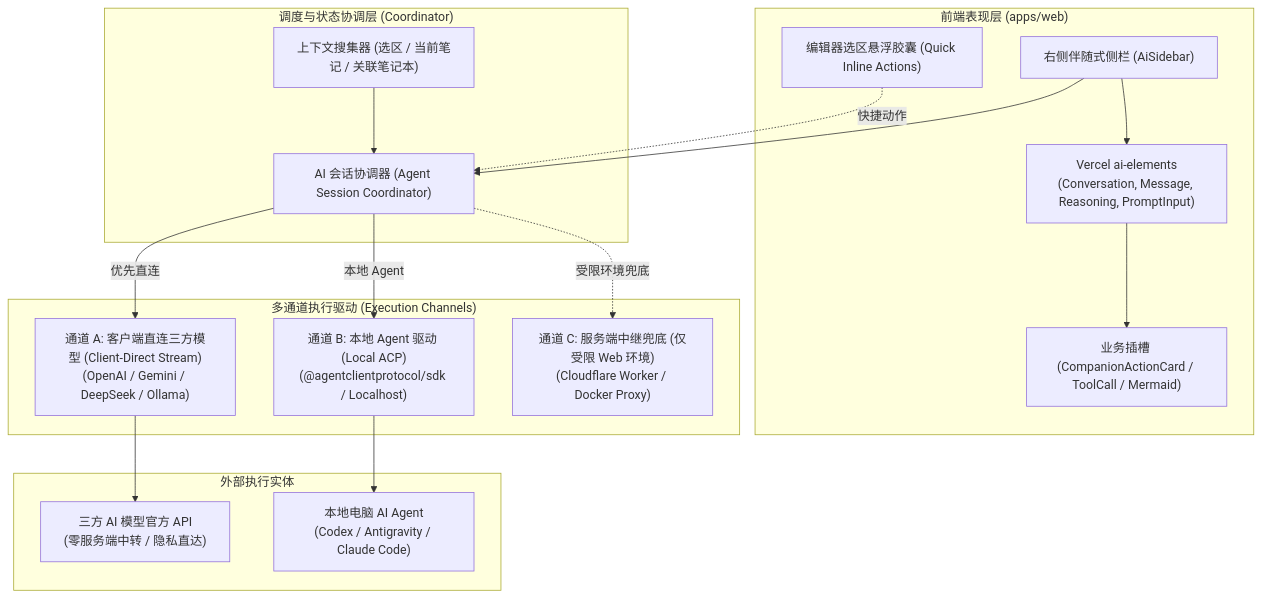
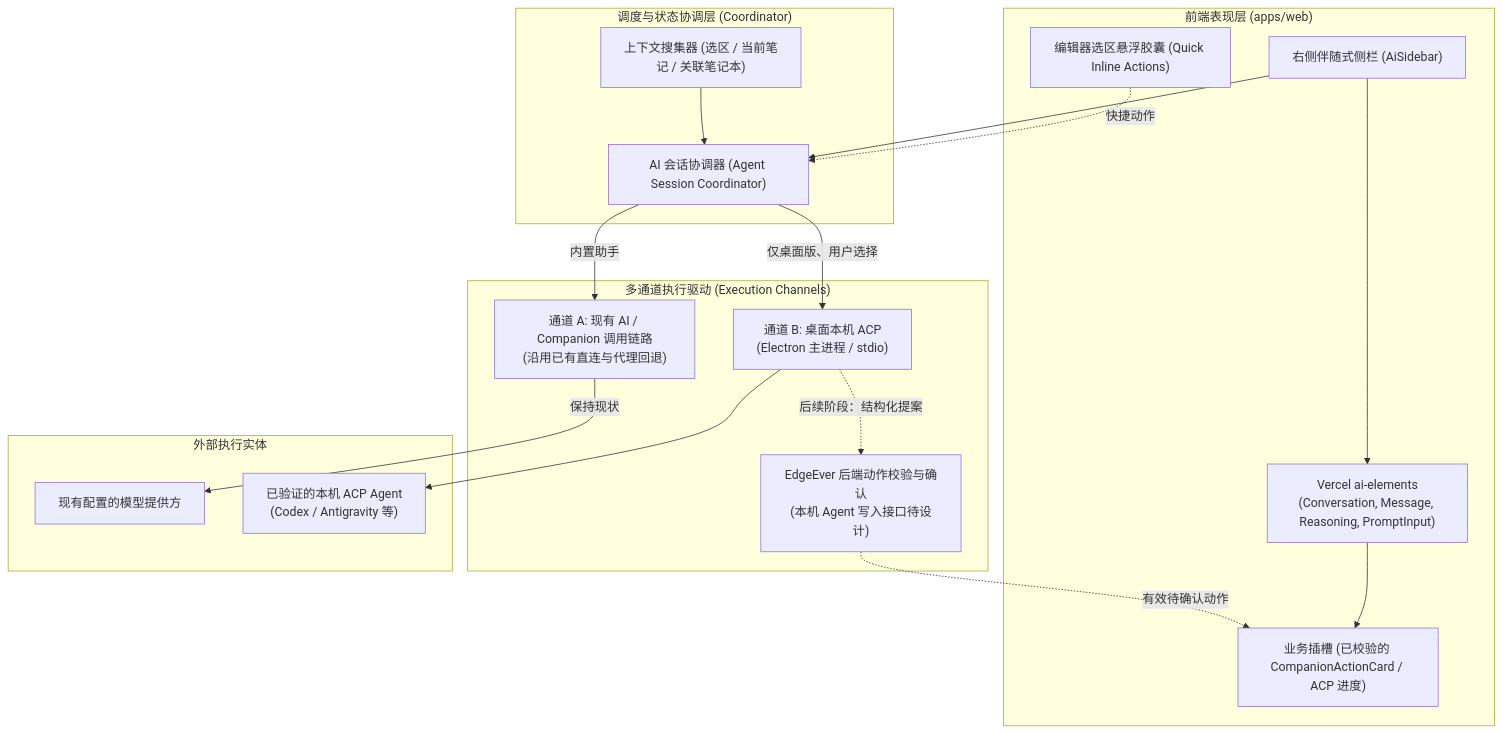
The first of 2 diagrams in docs/ai-assistant-redesign-plan.zh-CN.md (1092214362/edgeever), drawn with Mermaid before and after one commit. The commit also changed other lines of this file, not shown here.

````diff
--- a/docs/ai-assistant-redesign-plan.zh-CN.md
+++ b/docs/ai-assistant-redesign-plan.zh-CN.md
@@ -108,38 +97,39 @@
 ```mermaid
 flowchart TD
     subgraph UI_Presentation ["前端表现层 (apps/web)"]
         Sidebar["右侧伴随式侧栏 (AiSidebar)"]
         AiElements["Vercel ai-elements\n(Conversation, Message, Reasoning, PromptInput)"]
-        ActionSlot["业务插槽 (CompanionActionCard / ToolCall / Mermaid)"]
+        ActionSlot["业务插槽 (已校验的 CompanionActionCard / ACP 进度)"]
         InlineMenu["编辑器选区悬浮胶囊 (Quick Inline Actions)"]
     end
 
     subgraph Coordinator_Layer ["调度与状态协调层 (Coordinator)"]
         AgentManager["AI 会话协调器 (Agent Session Coordinator)"]
         ContextCollector["上下文搜集器 (选区 / 当前笔记 / 关联笔记本)"]
     end
 
     subgraph Provider_Channel ["多通道执行驱动 (Execution Channels)"]
-        DirectModelChannel["通道 A: 客户端直连三方模型 (Client-Direct Stream)\n(OpenAI / Gemini / DeepSeek / Ollama)"]
-        LocalAgentChannel["通道 B: 本地 Agent 驱动 (Local ACP)\n(@agentclientprotocol/sdk / Localhost)"]
-        ServerFallbackChannel["通道 C: 服务端中继兜底 (仅受限 Web 环境)\n(Cloudflare Worker / Docker Proxy)"]
+        ExistingAiChannel["通道 A: 现有 AI / Companion 调用链路\n(沿用已有直连与代理回退)"]
+        LocalAgentChannel["通道 B: 桌面本机 ACP\n(Electron 主进程 / stdio)"]
+        ActionValidation["EdgeEver 后端动作校验与确认\n(本机 Agent 写入接口待设计)"]
     end
 
     subgraph External_Entities ["外部执行实体"]
-        ModelProviders["三方 AI 模型官方 API\n(零服务端中转 / 隐私直达)"]
-        LocalAgent["本地电脑 AI Agent\n(Codex / Antigravity / Claude Code)"]
+        ModelProviders["现有配置的模型提供方"]
+        LocalAgent["已验证的本机 ACP Agent\n(Codex / Antigravity 等)"]
     end
 
     Sidebar --> AiElements
     AiElements --> ActionSlot
     InlineMenu -.->|快捷动作| AgentManager
     Sidebar --> AgentManager
     ContextCollector --> AgentManager
 
-    AgentManager -->|优先直连| DirectModelChannel
-    AgentManager -->|本地 Agent| LocalAgentChannel
-    AgentManager -.->|受限环境兜底| ServerFallbackChannel
+    AgentManager -->|内置助手| ExistingAiChannel
+    AgentManager -->|仅桌面版、用户选择| LocalAgentChannel
 
-    DirectModelChannel --> ModelProviders
+    ExistingAiChannel -->|保持现状| ModelProviders
     LocalAgentChannel --> LocalAgent
+    LocalAgentChannel -.->|后续阶段：结构化提案| ActionValidation
+    ActionValidation -.->|有效待确认动作| ActionSlot
 ```
````
